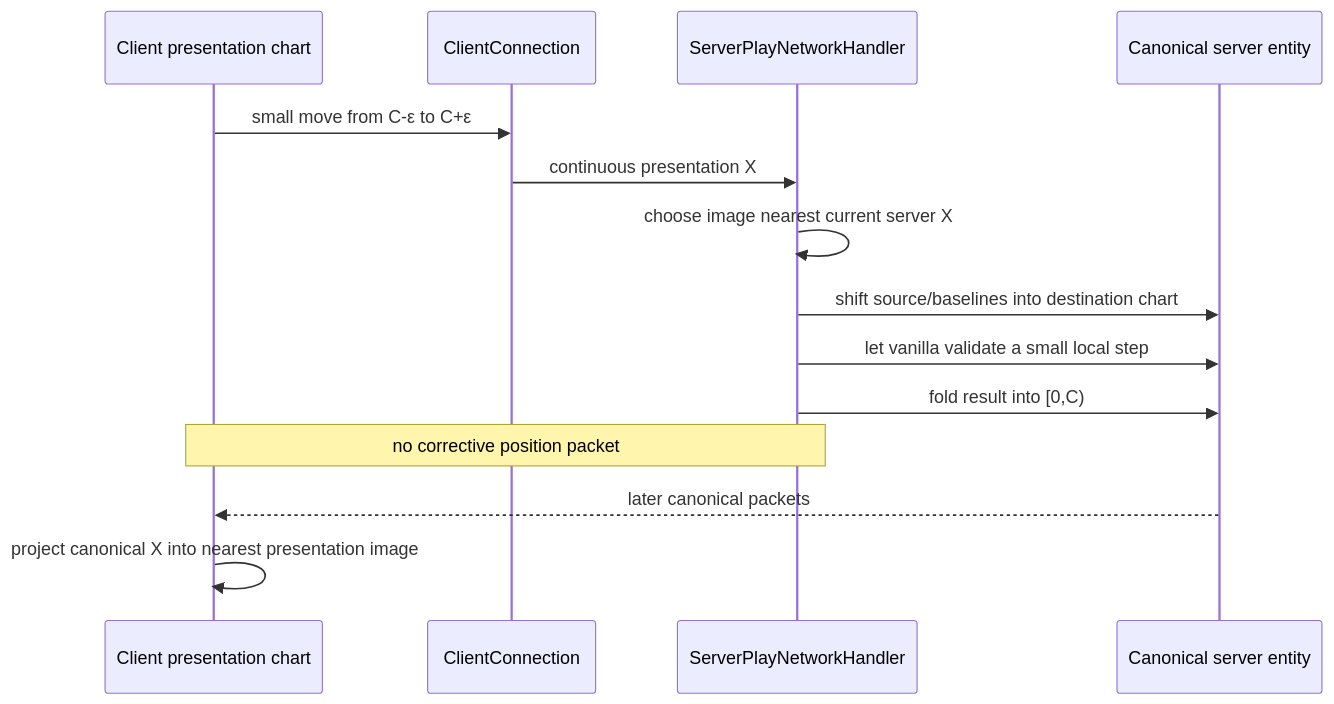
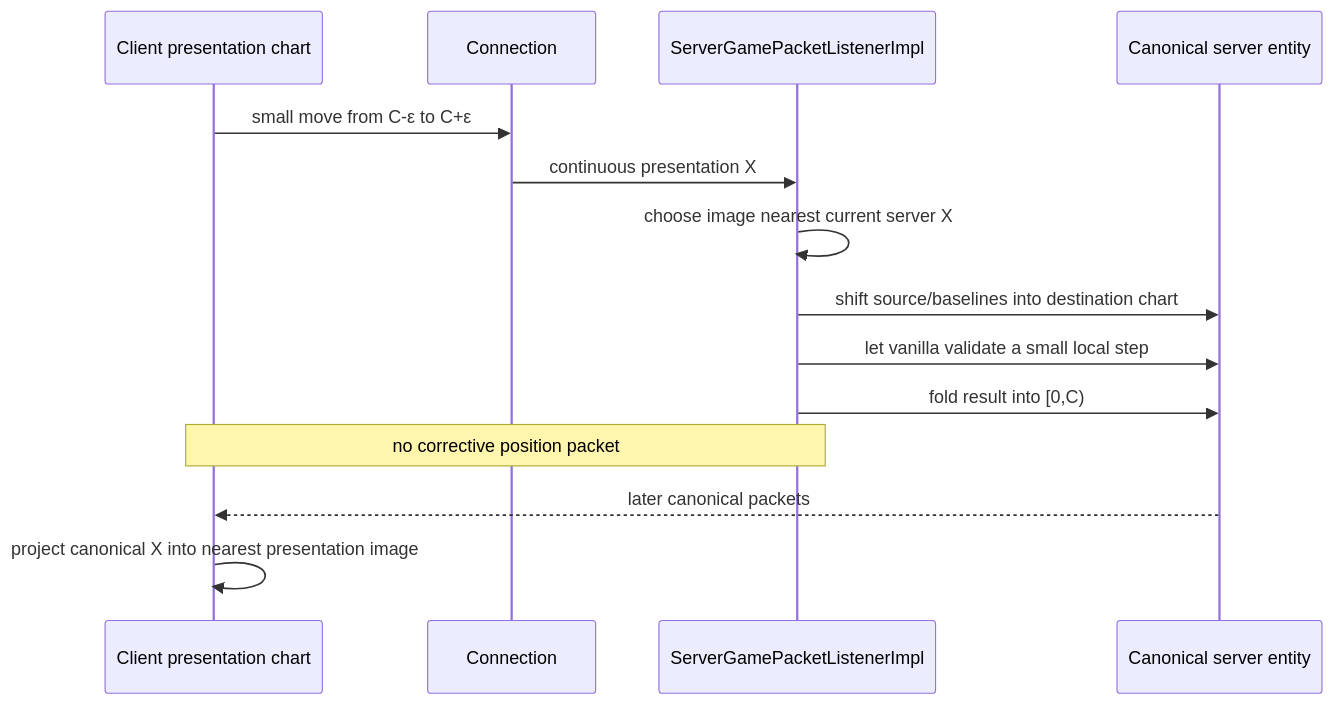
One commit to Delaser/RingWorld changed the second of 2 diagrams in docs/ARCHITECTURE.md. Above: the diagram before and after it, drawn with Mermaid. The commit also changed other lines of this file and 75 other files, not shown here.

````diff
--- a/docs/ARCHITECTURE.md
+++ b/docs/ARCHITECTURE.md
@@ -144,16 +144,16 @@
 ```mermaid
 sequenceDiagram
     participant C as Client presentation chart
-    participant N as ClientConnection
-    participant S as ServerPlayNetworkHandler
+    participant N as Connection
+    participant S as ServerGamePacketListenerImpl
     participant E as Canonical server entity
     C->>N: small move from C-ε to C+ε
     N->>S: continuous presentation X
     S->>S: choose image nearest current server X
     S->>E: shift source/baselines into destination chart
     S->>E: let vanilla validate a small local step
     S->>E: fold result into [0,C)
     Note over S,C: no corrective position packet
     E-->>C: later canonical packets
     C->>C: project canonical X into nearest presentation image
 ```
````
